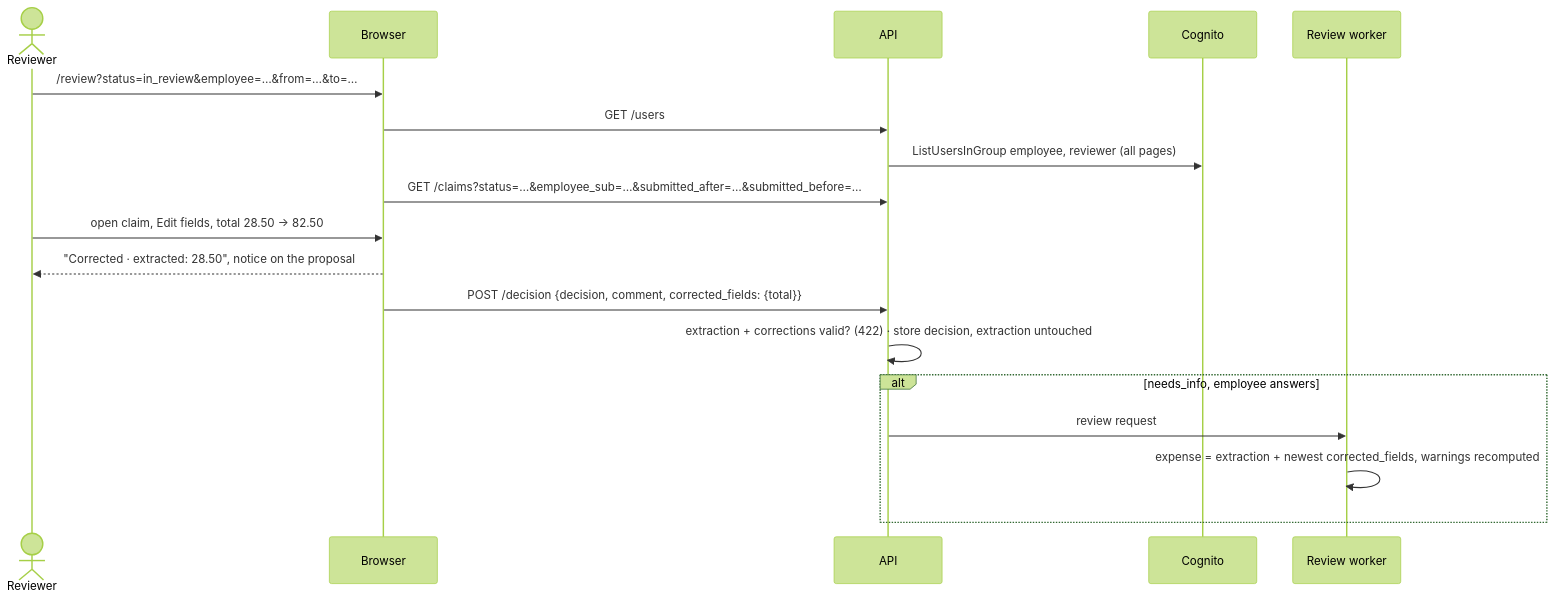
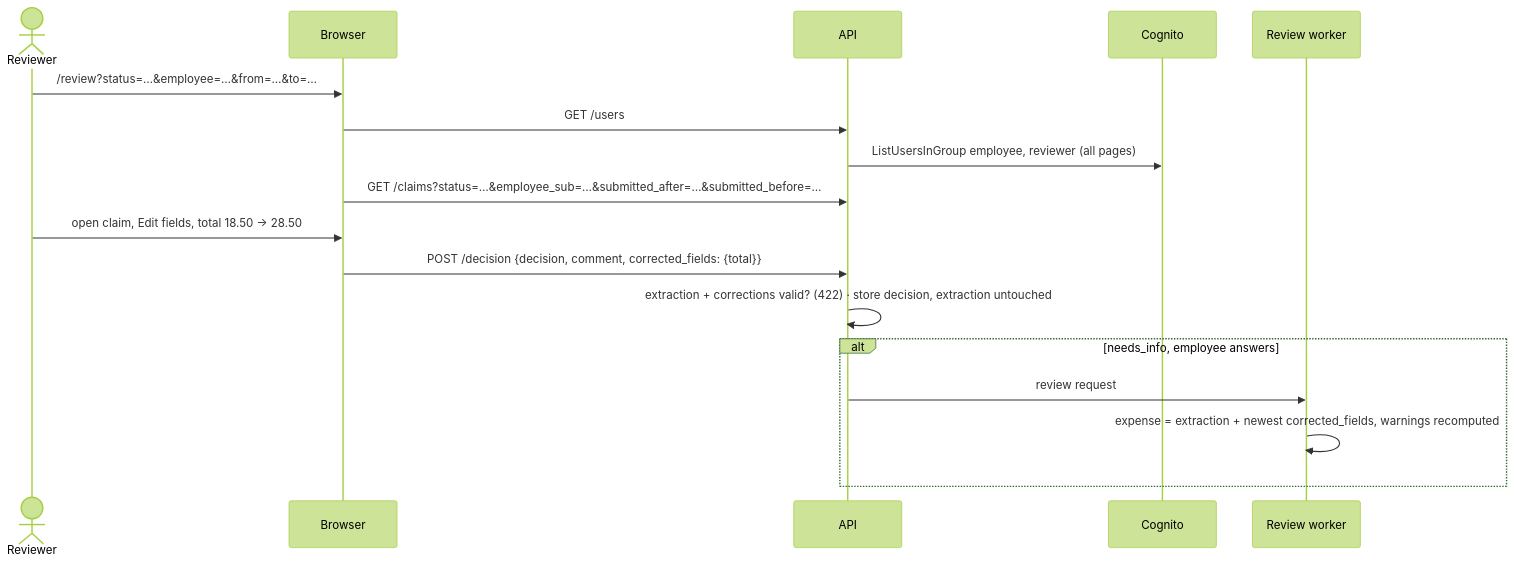
One commit to DmitriyDomnich/Larkfield changed the diagram in specs/T15-reviewer-screens.md. Above: the diagram before and after it, drawn with Mermaid (forest theme). The commit also changed other lines of this file, not shown here.

````diff
--- a/specs/T15-reviewer-screens.md
+++ b/specs/T15-reviewer-screens.md
@@ -18,20 +18,19 @@
 ```mermaid
 sequenceDiagram
     actor R as Reviewer
     participant B as Browser
     participant API
     participant C as Cognito
     participant W as Review worker
-    R->>B: /review?status=in_review&employee=…&from=…&to=…
+    R->>B: /review?status=…&employee=…&from=…&to=…
     B->>API: GET /users
     API->>C: ListUsersInGroup employee, reviewer (all pages)
     B->>API: GET /claims?status=…&employee_sub=…&submitted_after=…&submitted_before=…
-    R->>B: open claim, Edit fields, total 28.50 → 82.50
-    B-->>R: "Corrected · extracted: 28.50", notice on the proposal
+    R->>B: open claim, Edit fields, total 18.50 → 28.50
     B->>API: POST /decision {decision, comment, corrected_fields: {total}}
     API->>API: extraction + corrections valid? (422) · store decision, extraction untouched
     alt needs_info, employee answers
         API->>W: review request
         W->>W: expense = extraction + newest corrected_fields, warnings recomputed
     end
 ```
````
